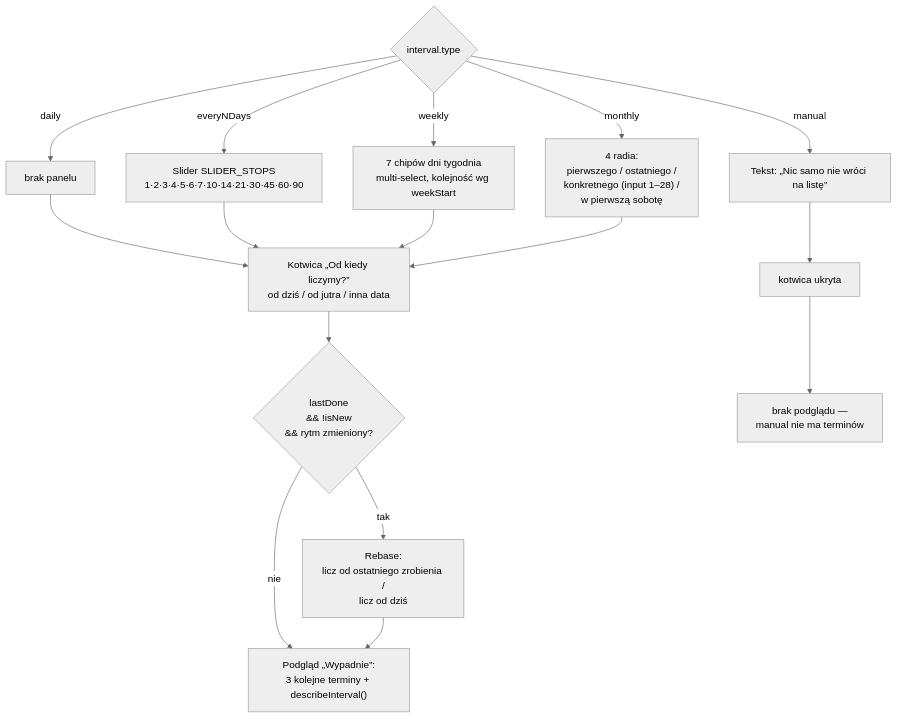
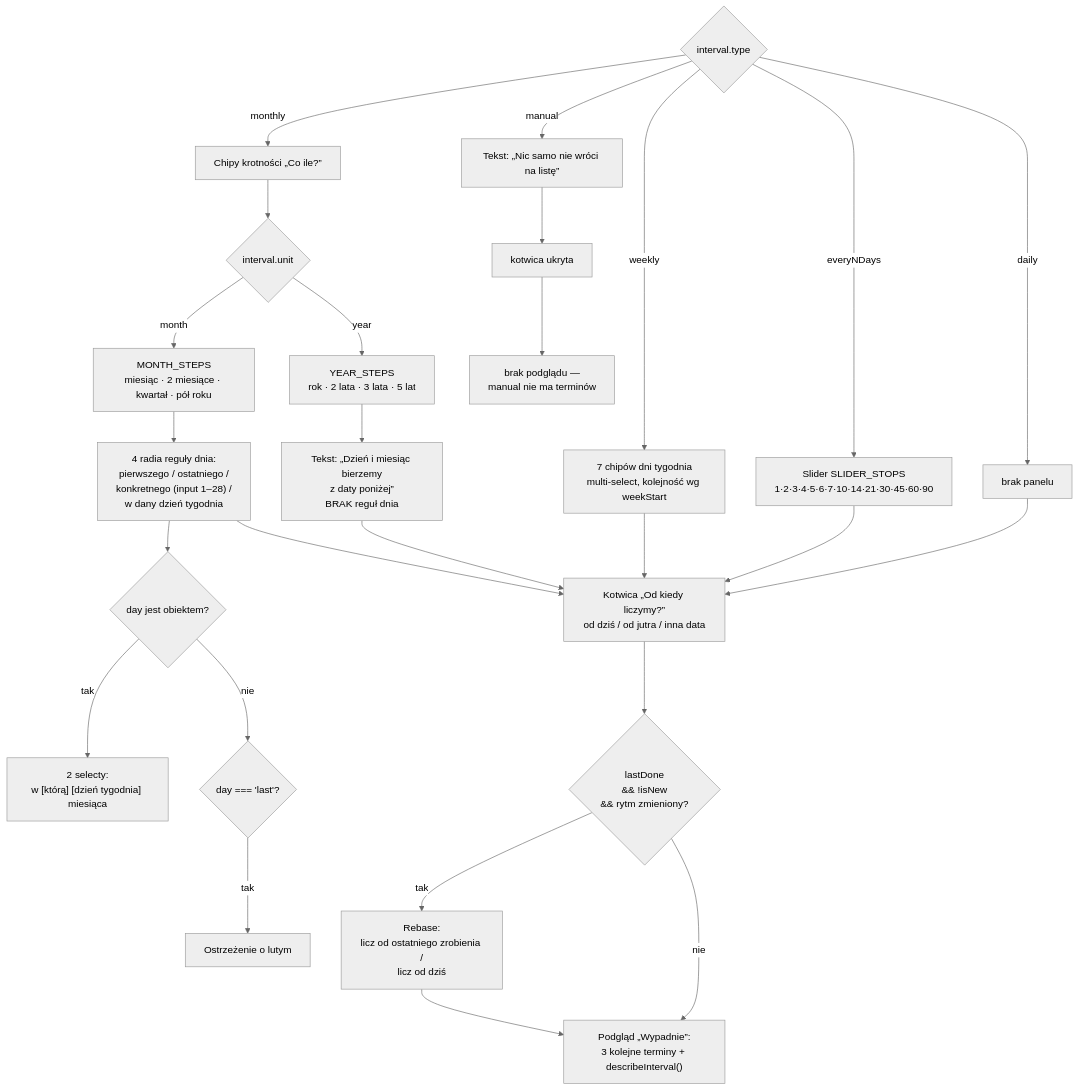
The second of 7 diagrams in docs/rhythm-editor.md (gustaw-beznicki/Home-dashboard), drawn with Mermaid (neutral theme) before and after one commit. The commit also changed other lines of this file and 1 other file, not shown here.

````diff
--- a/docs/rhythm-editor.md
+++ b/docs/rhythm-editor.md
@@ -54,26 +64,39 @@
 ```mermaid
 flowchart TD
     T{interval.type}
 
     T -->|daily| D["brak panelu"]
     T -->|everyNDays| N["Slider SLIDER_STOPS<br/>1·2·3·4·5·6·7·10·14·21·30·45·60·90"]
     T -->|weekly| W["7 chipów dni tygodnia<br/>multi-select, kolejność wg weekStart"]
-    T -->|monthly| M["4 radia:<br/>pierwszego / ostatniego /<br/>konkretnego (input 1–28) /<br/>w pierwszą sobotę"]
     T -->|manual| X["Tekst: „Nic samo nie wróci na listę”"]
+    T -->|monthly| C["Chipy krotności „Co ile?”"]
+
+    C --> U{interval.unit}
+    U -->|month| M1["MONTH_STEPS<br/>miesiąc · 2 miesiące · kwartał · pół roku"]
+    U -->|year| Y1["YEAR_STEPS<br/>rok · 2 lata · 3 lata · 5 lat"]
+
+    Y1 --> Y2["Tekst: „Dzień i miesiąc bierzemy<br/>z daty poniżej”<br/>BRAK reguł dnia"]
+
+    M1 --> M2["4 radia reguły dnia:<br/>pierwszego / ostatniego /<br/>konkretnego (input 1–28) /<br/>w dany dzień tygodnia"]
+    M2 --> M3{"day jest obiektem?"}
+    M3 -->|tak| M4["2 selecty:<br/>w [którą] [dzień tygodnia] miesiąca"]
+    M3 -->|nie| M5{"day === 'last'?"}
+    M5 -->|tak| M6["Ostrzeżenie o lutym"]
 
     D --> A
     N --> A
     W --> A
-    M --> A
+    Y2 --> A
+    M2 --> A
     X --> NOA["kotwica ukryta"]
 
     A["Kotwica „Od kiedy liczymy?”<br/>od dziś / od jutra / inna data"]
 
     A --> R{"lastDone<br/>&& !isNew<br/>&& rytm zmieniony?"}
     R -->|tak| RB["Rebase:<br/>licz od ostatniego zrobienia /<br/>licz od dziś"]
     R -->|nie| P
     RB --> P
     NOA --> KONIEC["brak podglądu —<br/>manual nie ma terminów"]
 
     P["Podgląd „Wypadnie”:<br/>3 kolejne terminy + describeInterval()"]
 ```
````
